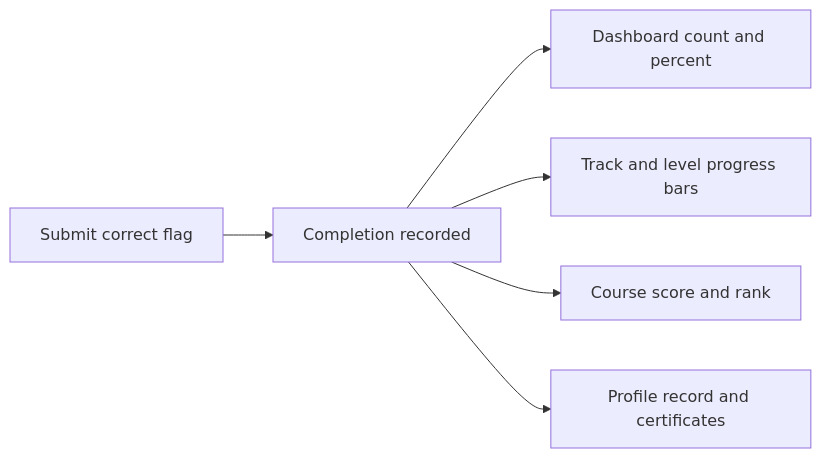
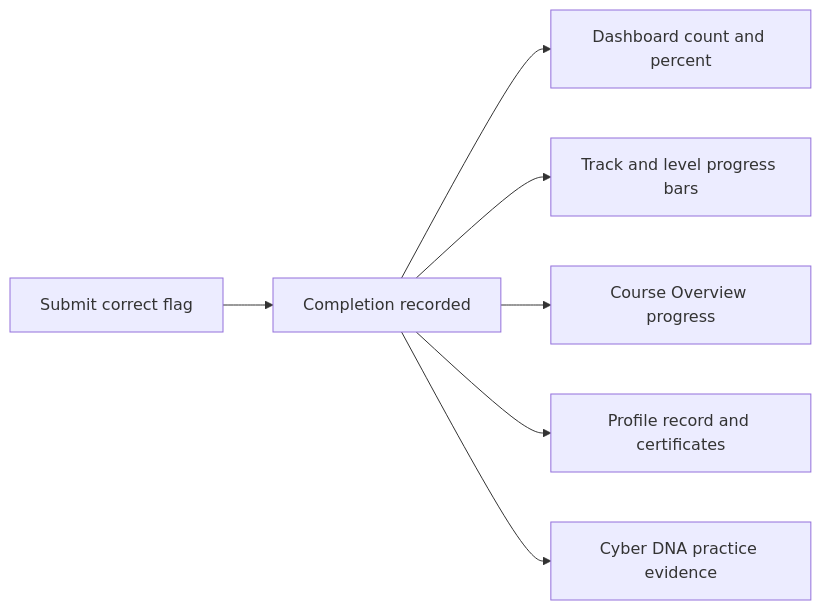
Before and after one commit to RobChaykoski/opencyberrange: the diagram in Manual-Lite/02_Student_Guide/11_Tracking_Your_Progress.md, drawn with Mermaid. The commit also changed other lines of this file and 53 other files, not shown here.

Commit message:
feat: 2.5.0 Cyber DNA tester trait, celebration wall, database integrity, and deleted-user resilience

````diff
--- a/Manual-Lite/02_Student_Guide/11_Tracking_Your_Progress.md
+++ b/Manual-Lite/02_Student_Guide/11_Tracking_Your_Progress.md
@@ -30,8 +45,9 @@
 ```mermaid
 flowchart LR
     A[Submit correct flag] --> B[Completion recorded]
     B --> C[Dashboard count and percent]
     B --> D[Track and level progress bars]
-    B --> E[Course score and rank]
+    B --> E[Course Overview progress]
     B --> F[Profile record and certificates]
+    B --> G[Cyber DNA practice evidence]
 ```
````
